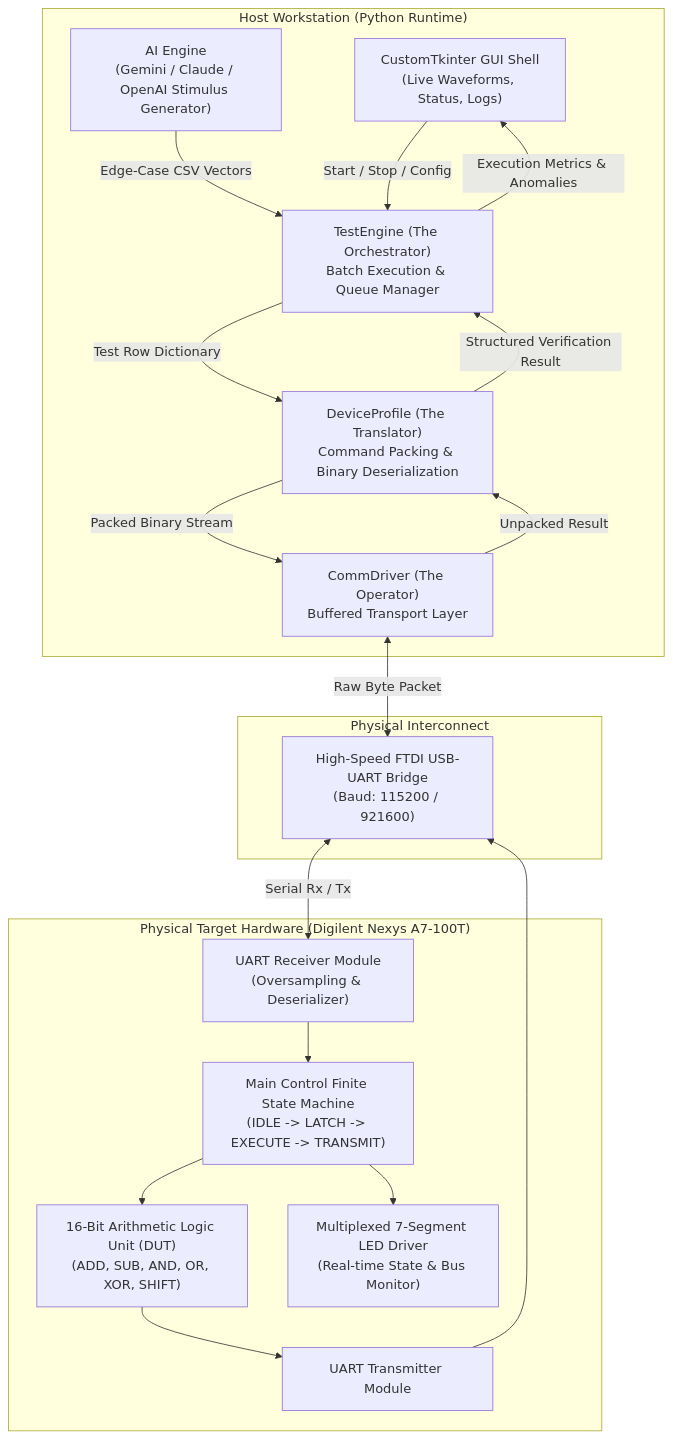
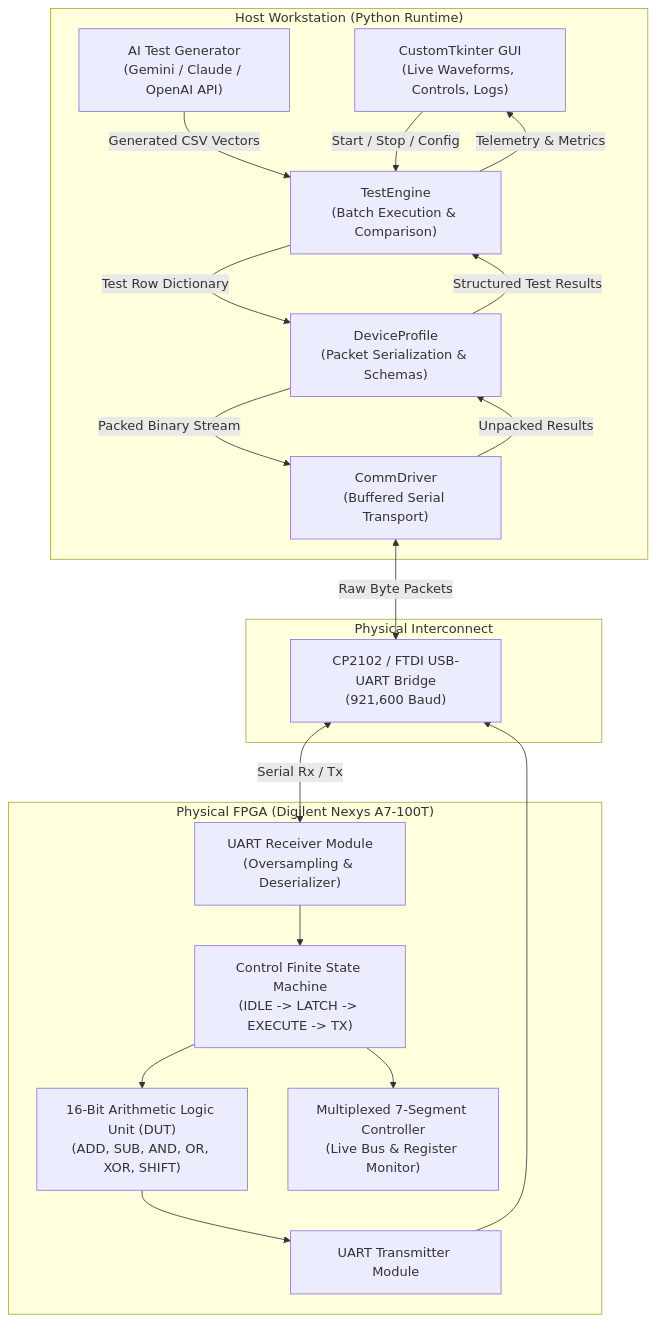
Before and after one commit to HarryRogers073/vaidar: the diagram in README.md, drawn with Mermaid. The commit also changed other lines of this file, not shown here.

````diff
--- a/README.md
+++ b/README.md
@@ -33,34 +36,34 @@
 ```mermaid
 flowchart TD
     subgraph Host ["Host Workstation (Python Runtime)"]
-        UI["CustomTkinter GUI Shell\n(Live Waveforms, Status, Logs)"]
-        AI["AI Engine\n(Gemini / Claude / OpenAI Stimulus Generator)"]
-        ENG["TestEngine (The Orchestrator)\nBatch Execution & Queue Manager"]
-        PROF["DeviceProfile (The Translator)\nCommand Packing & Binary Deserialization"]
-        DRV["CommDriver (The Operator)\nBuffered Transport Layer"]
+        UI["CustomTkinter GUI\n(Live Waveforms, Controls, Logs)"]
+        AI["AI Test Generator\n(Gemini / Claude / OpenAI API)"]
+        ENG["TestEngine\n(Batch Execution & Comparison)"]
+        PROF["DeviceProfile\n(Packet Serialization & Schemas)"]
+        DRV["CommDriver\n(Buffered Serial Transport)"]
     end
 
     subgraph Link ["Physical Interconnect"]
-        UART["High-Speed FTDI USB-UART Bridge\n(Baud: 115200 / 921600)"]
+        UART["CP2102 / FTDI USB-UART Bridge\n(921,600 Baud)"]
     end
 
-    subgraph Target ["Physical Target Hardware (Digilent Nexys A7-100T)"]
+    subgraph Target ["Physical FPGA (Digilent Nexys A7-100T)"]
         RX["UART Receiver Module\n(Oversampling & Deserializer)"]
-        FSM["Main Control Finite State Machine\n(IDLE -> LATCH -> EXECUTE -> TRANSMIT)"]
+        FSM["Control Finite State Machine\n(IDLE -> LATCH -> EXECUTE -> TX)"]
         ALU["16-Bit Arithmetic Logic Unit (DUT)\n(ADD, SUB, AND, OR, XOR, SHIFT)"]
-        DISP["Multiplexed 7-Segment LED Driver\n(Real-time State & Bus Monitor)"]
+        DISP["Multiplexed 7-Segment Controller\n(Live Bus & Register Monitor)"]
         TX["UART Transmitter Module"]
     end
 
-    AI -->|Edge-Case CSV Vectors| ENG
+    AI -->|Generated CSV Vectors| ENG
     UI -->|Start / Stop / Config| ENG
     ENG -->|Test Row Dictionary| PROF
     PROF -->|Packed Binary Stream| DRV
-    DRV <-->|Raw Byte Packet| UART
+    DRV <-->|Raw Byte Packets| UART
     UART <-->|Serial Rx / Tx| RX
     RX --> FSM --> ALU --> TX --> UART
     FSM --> DISP
-    DRV -->|Unpacked Result| PROF
-    PROF -->|Structured Verification Result| ENG
-    ENG -->|Execution Metrics & Anomalies| UI
+    DRV -->|Unpacked Results| PROF
+    PROF -->|Structured Test Results| ENG
+    ENG -->|Telemetry & Metrics| UI
 ```
````
